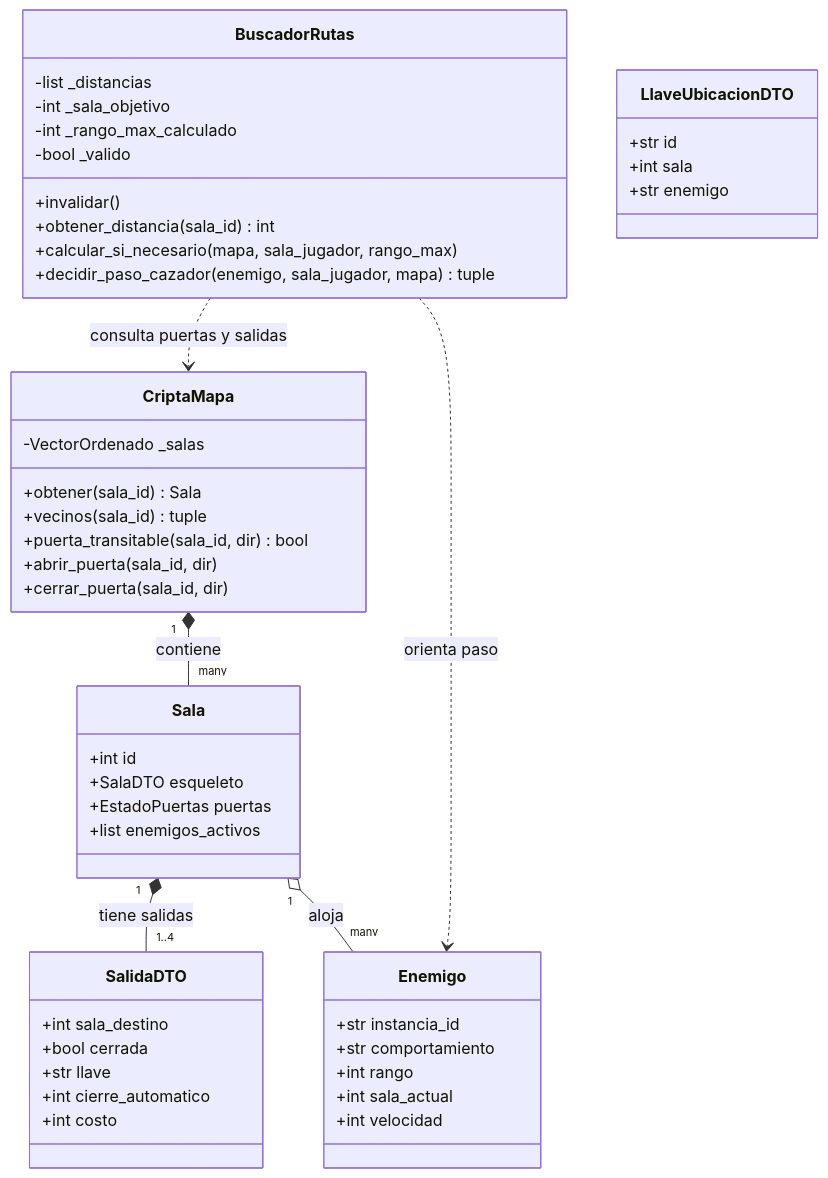
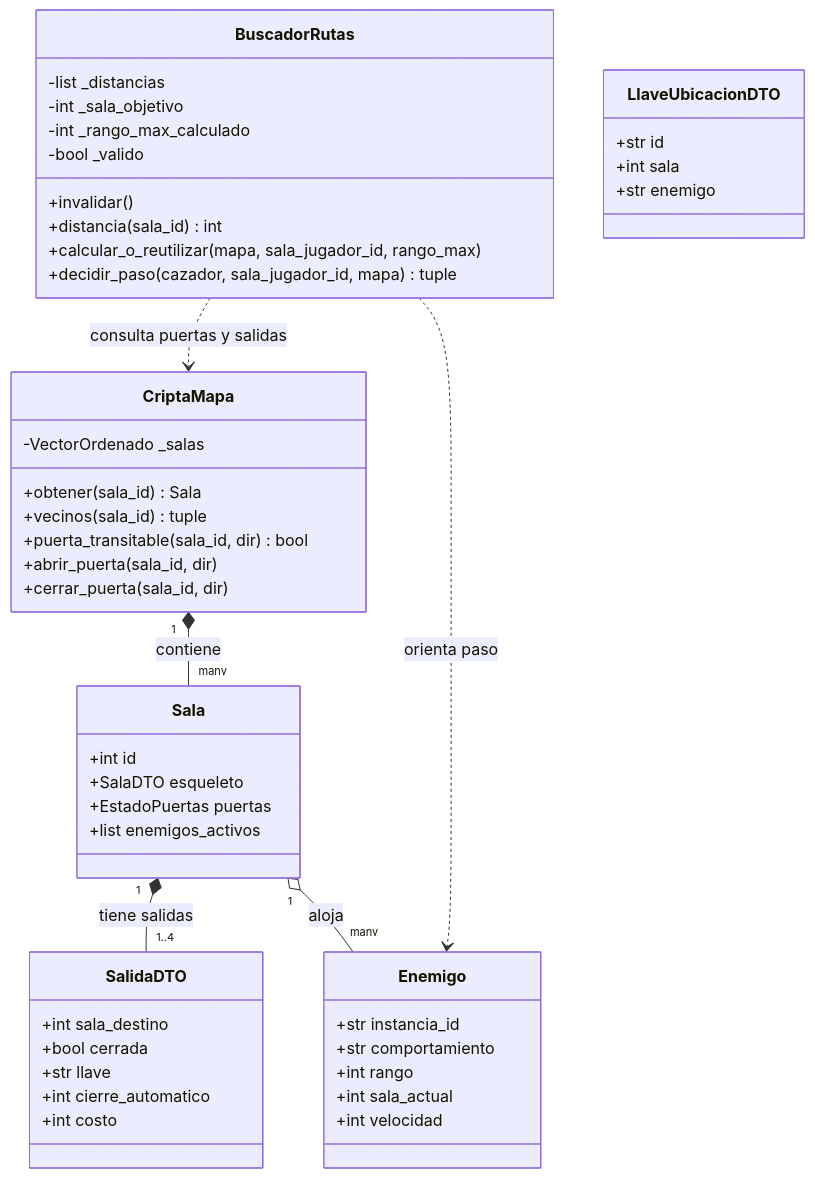
One commit to AxelAbarMe/Cripta changed the first of 3 diagrams in specs/001-terreno-cazador/data-model.md. Above: the diagram before and after it, drawn with Mermaid. The commit also changed 5 other files, not shown here.

````diff
--- a/specs/001-terreno-cazador/data-model.md
+++ b/specs/001-terreno-cazador/data-model.md
@@ -84,57 +84,57 @@
 ```mermaid
 classDiagram
     class CriptaMapa {
         -VectorOrdenado _salas
         +obtener(sala_id) Sala
         +vecinos(sala_id) tuple
         +puerta_transitable(sala_id, dir) bool
         +abrir_puerta(sala_id, dir)
         +cerrar_puerta(sala_id, dir)
     }
 
     class Sala {
         +int id
         +SalaDTO esqueleto
         +EstadoPuertas puertas
         +list enemigos_activos
     }
 
     class SalidaDTO {
         +int sala_destino
         +bool cerrada
         +str llave
         +int cierre_automatico
         +int costo
     }
 
     class Enemigo {
         +str instancia_id
         +str comportamiento
         +int rango
         +int sala_actual
         +int velocidad
     }
 
     class BuscadorRutas {
         -list _distancias
         -int _sala_objetivo
         -int _rango_max_calculado
         -bool _valido
         +invalidar()
-        +obtener_distancia(sala_id) int
-        +calcular_si_necesario(mapa, sala_jugador, rango_max)
-        +decidir_paso_cazador(enemigo, sala_jugador, mapa) tuple
+        +distancia(sala_id) int
+        +calcular_o_reutilizar(mapa, sala_jugador_id, rango_max)
+        +decidir_paso(cazador, sala_jugador_id, mapa) tuple
     }
 
     class LlaveUbicacionDTO {
         +str id
         +int sala
         +str enemigo
     }
 
     CriptaMapa "1" *-- "many" Sala : contiene
     Sala "1" *-- "1..4" SalidaDTO : tiene salidas
     Sala "1" o-- "many" Enemigo : aloja
     BuscadorRutas ..> CriptaMapa : consulta puertas y salidas
     BuscadorRutas ..> Enemigo : orienta paso
 ```
````
